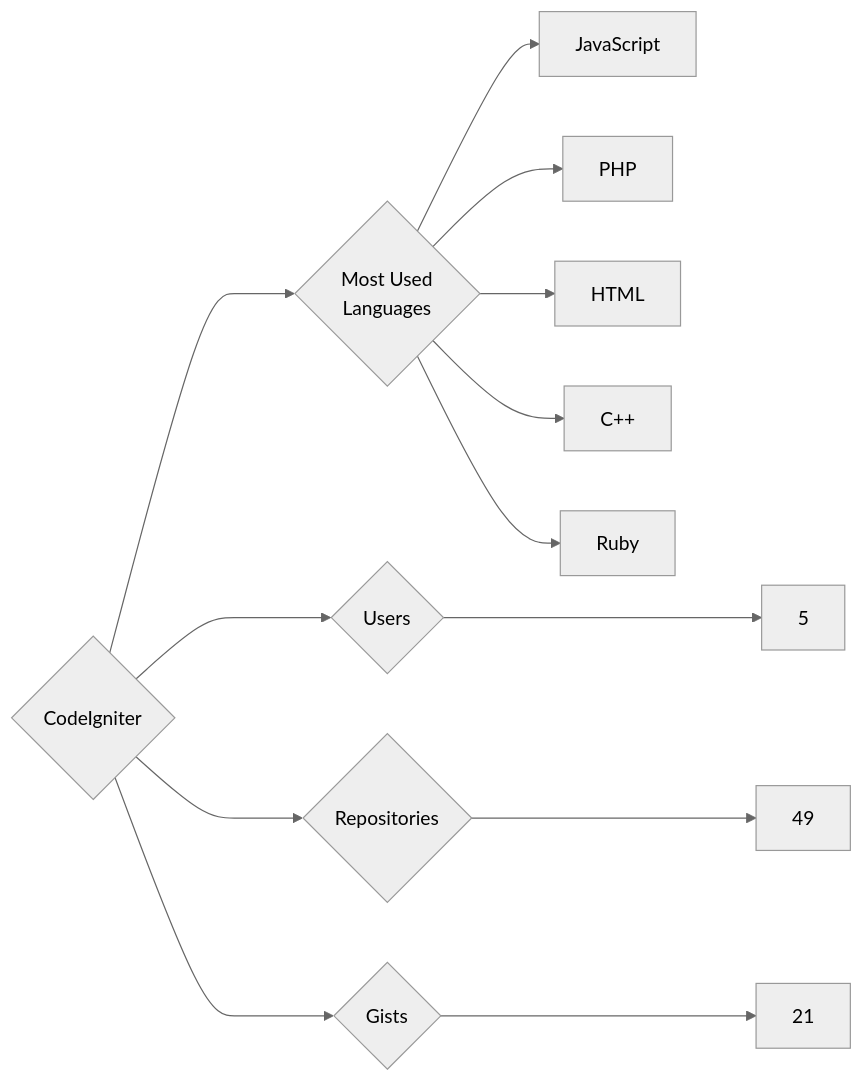
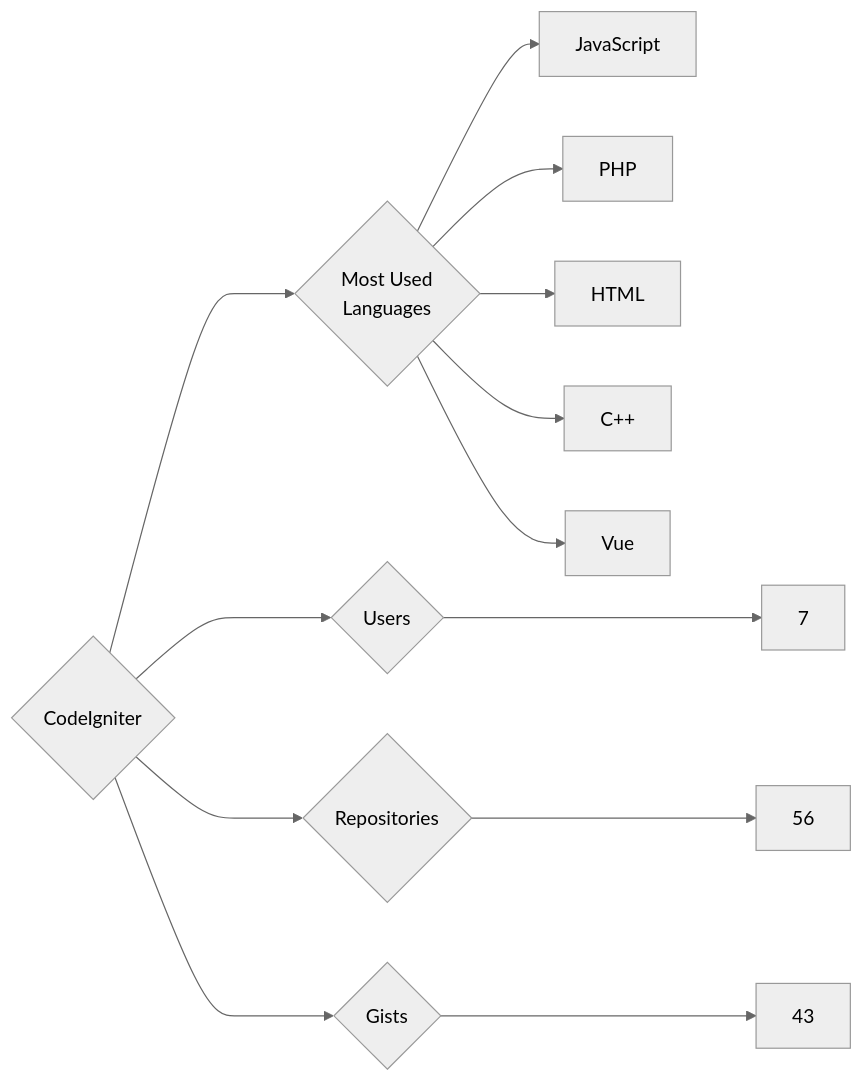
The diagram in targets/CodeIgniter/README.md (trickest/insiders), drawn with Mermaid (neutral theme) before and after one commit. The commit also changed 912 other files, not shown here.

````diff
--- a/targets/CodeIgniter/README.md
+++ b/targets/CodeIgniter/README.md
@@ -3,13 +3,13 @@
 ```mermaid
 graph LR
 COMPANY_NAME{CodeIgniter}
-COMPANY_NAME ---> U{Users} ---> UN[5]
-COMPANY_NAME ---> R{Repositories} ---> RN[49]
-COMPANY_NAME ---> G{Gists} ---> GN[21]
+COMPANY_NAME ---> U{Users} ---> UN[7]
+COMPANY_NAME ---> R{Repositories} ---> RN[56]
+COMPANY_NAME ---> G{Gists} ---> GN[43]
 COMPANY_NAME ---> ML{Most Used<br>Languages}
 ML --> JavaScript[JavaScript]
 ML --> PHP[PHP]
 ML --> HTML[HTML]
 ML --> C++[C++]
-ML --> Ruby[Ruby]
+ML --> Vue[Vue]
 ```
````
